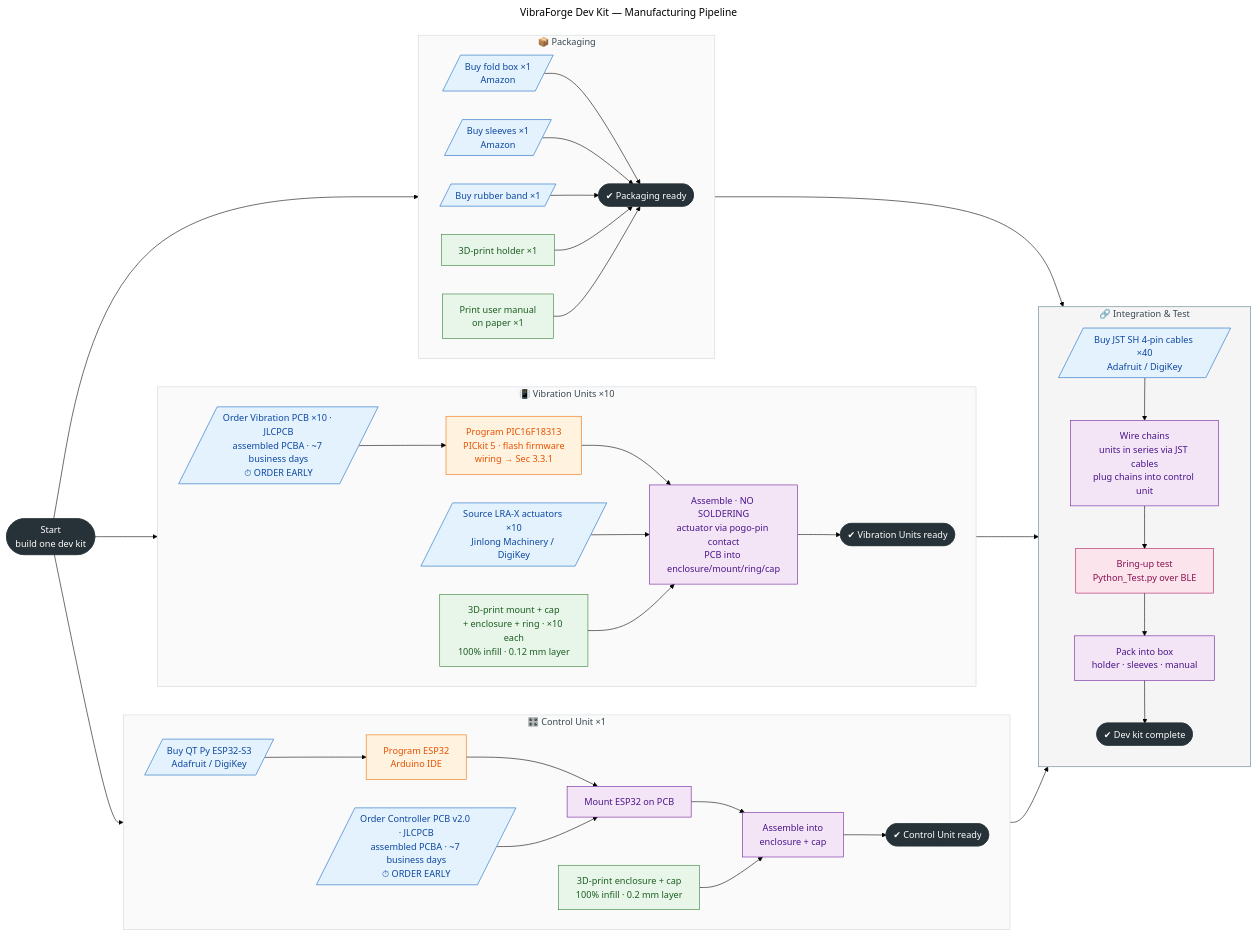
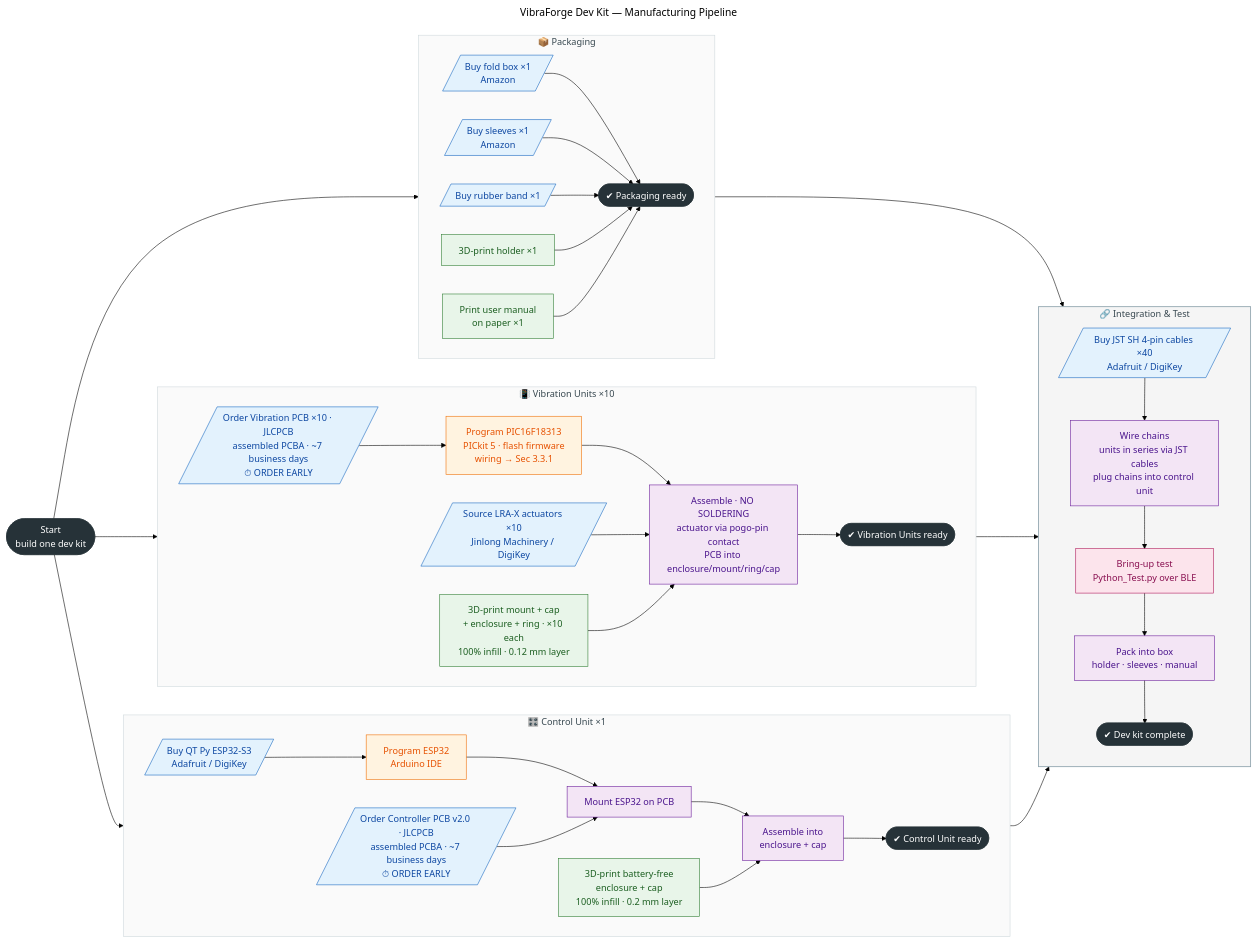
The diagram in manufacturing.md (huangbj16/VibraForge), drawn with Mermaid (forest theme) before and after one commit. The commit also changed other lines of this file and 2 other files, not shown here.

First line of the commit message:
Use the battery-free control unit enclosure in the dev kit

```diff
--- a/manufacturing.md
+++ b/manufacturing.md
@@ -28,7 +28,7 @@
         direction LR
         C1[/"Order Controller PCB v2.0 · JLCPCB<br/>assembled PCBA · ~7 business days<br/>⏱ ORDER EARLY"/]:::buy
         C2[/"Buy QT Py ESP32-S3<br/>Adafruit / DigiKey"/]:::buy
-        C3["3D-print enclosure + cap<br/>100% infill · 0.2 mm layer"]:::print
+        C3["3D-print battery-free<br/>enclosure + cap<br/>100% infill · 0.2 mm layer"]:::print
         C4["Program ESP32<br/>Arduino IDE"]:::program
         C2 --> C4
         C4 --> C5["Mount ESP32 on PCB"]:::assemble
```
